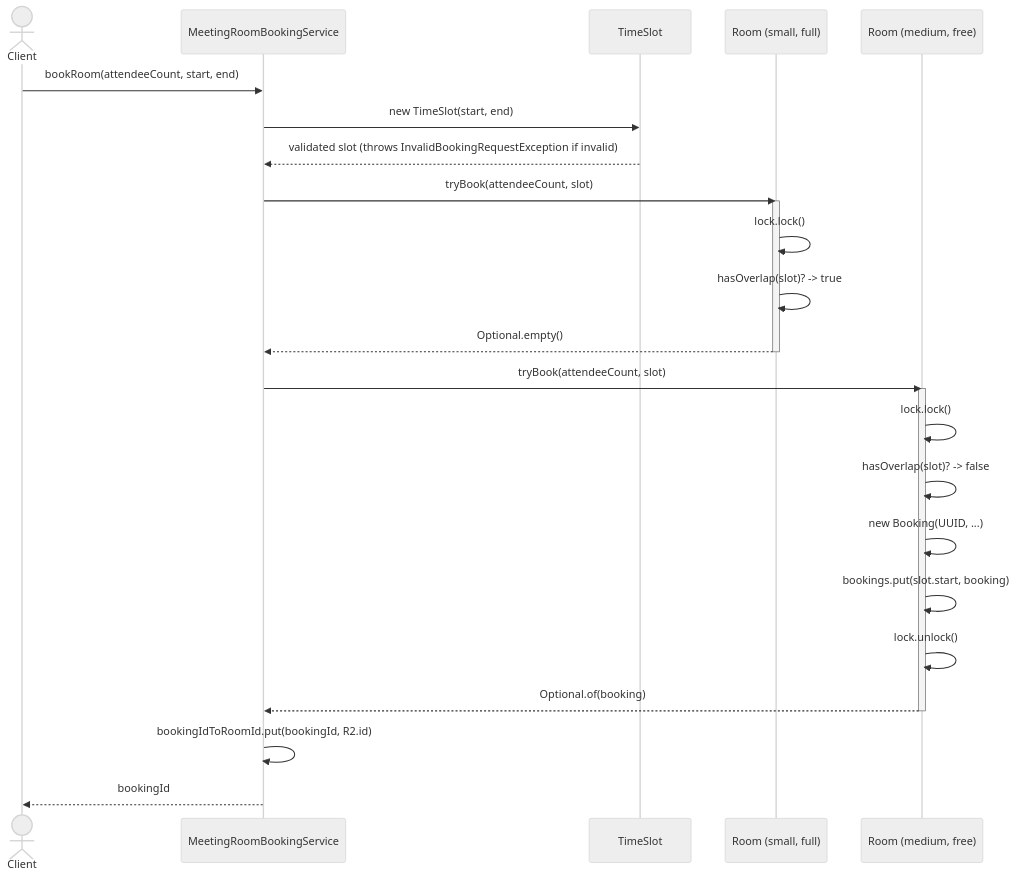
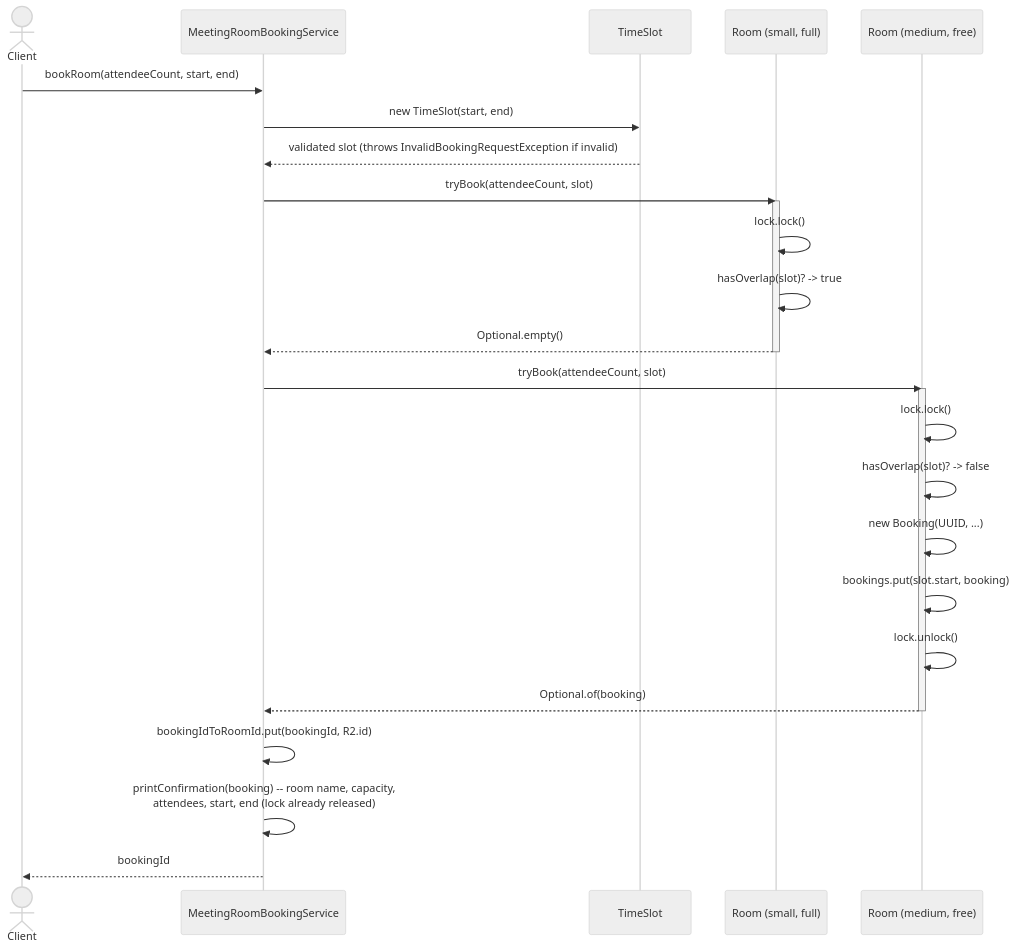
One commit to ABHIJEET-MUNESHWAR/LowLevelDesign changed the third of 5 diagrams in src/com/lowleveldesign/meetingscheduler/README.md. Above: the diagram before and after it, drawn with Mermaid (neutral theme). The commit also changed other lines of this file and 4 other files, not shown here.

Commit message:
🎨 Print details of booking meeting room

````diff
--- a/src/com/lowleveldesign/meetingscheduler/README.md
+++ b/src/com/lowleveldesign/meetingscheduler/README.md
@@ -224,32 +239,33 @@
 ```mermaid
 sequenceDiagram
     actor Client
     participant Svc as MeetingRoomBookingService
     participant Slot as TimeSlot
     participant R1 as Room (small, full)
     participant R2 as Room (medium, free)
 
     Client->>Svc: bookRoom(attendeeCount, start, end)
     Svc->>Slot: new TimeSlot(start, end)
     Slot-->>Svc: validated slot (throws InvalidBookingRequestException if invalid)
 
     Svc->>R1: tryBook(attendeeCount, slot)
     activate R1
     R1->>R1: lock.lock()
     R1->>R1: hasOverlap(slot)? -> true
     R1-->>Svc: Optional.empty()
     deactivate R1
 
     Svc->>R2: tryBook(attendeeCount, slot)
     activate R2
     R2->>R2: lock.lock()
     R2->>R2: hasOverlap(slot)? -> false
     R2->>R2: new Booking(UUID, ...)
     R2->>R2: bookings.put(slot.start, booking)
     R2->>R2: lock.unlock()
     R2-->>Svc: Optional.of(booking)
     deactivate R2
 
     Svc->>Svc: bookingIdToRoomId.put(bookingId, R2.id)
+    Svc->>Svc: printConfirmation(booking) -- room name, capacity,<br/>attendees, start, end (lock already released)
     Svc-->>Client: bookingId
 ```
````
